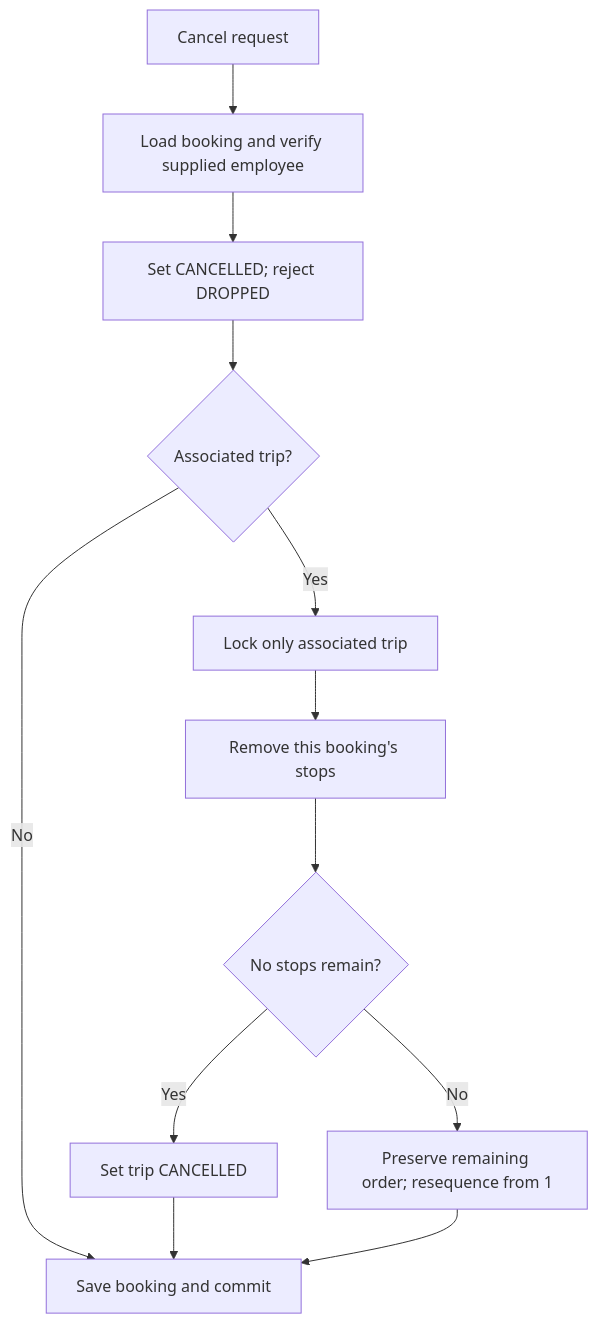
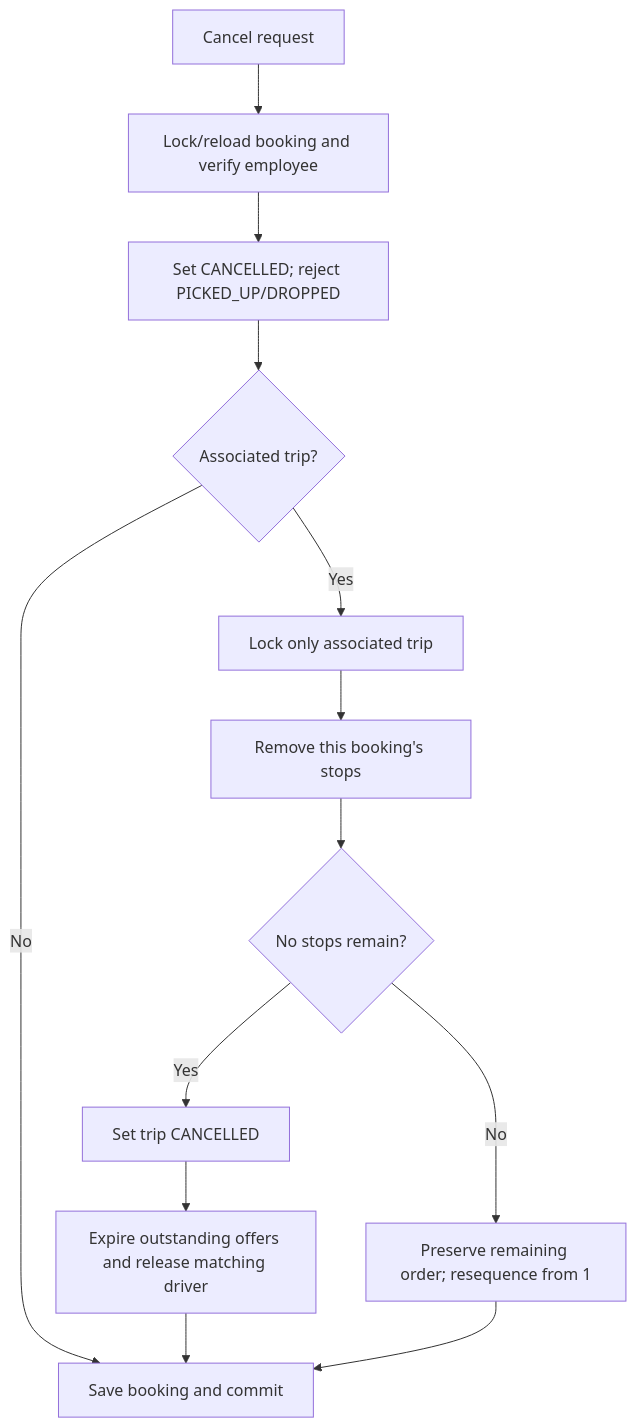
The second of 2 diagrams in docs/batching-strategy.md (aakash-kr-7/sla-aware-ride-batching), drawn with Mermaid before and after one commit. The commit also changed other lines of this file and 5 other files, not shown here.

````diff
--- a/docs/batching-strategy.md
+++ b/docs/batching-strategy.md
@@ -61,14 +61,15 @@
 ```mermaid
 flowchart TD
-    Cancel[Cancel request] --> Owner[Load booking and verify supplied employee]
-    Owner --> State[Set CANCELLED; reject DROPPED]
+    Cancel[Cancel request] --> Owner[Lock/reload booking and verify employee]
+    Owner --> State[Set CANCELLED; reject PICKED_UP/DROPPED]
     State --> HasTrip{Associated trip?}
     HasTrip -->|No| Commit[Save booking and commit]
     HasTrip -->|Yes| Lock[Lock only associated trip]
     Lock --> Remove[Remove this booking's stops]
     Remove --> Empty{No stops remain?}
     Empty -->|Yes| CancelTrip[Set trip CANCELLED]
     Empty -->|No| Resequence[Preserve remaining order; resequence from 1]
-    CancelTrip --> Commit
+    CancelTrip --> Release[Expire outstanding offers and release matching driver]
+    Release --> Commit
     Resequence --> Commit
 ```
````
